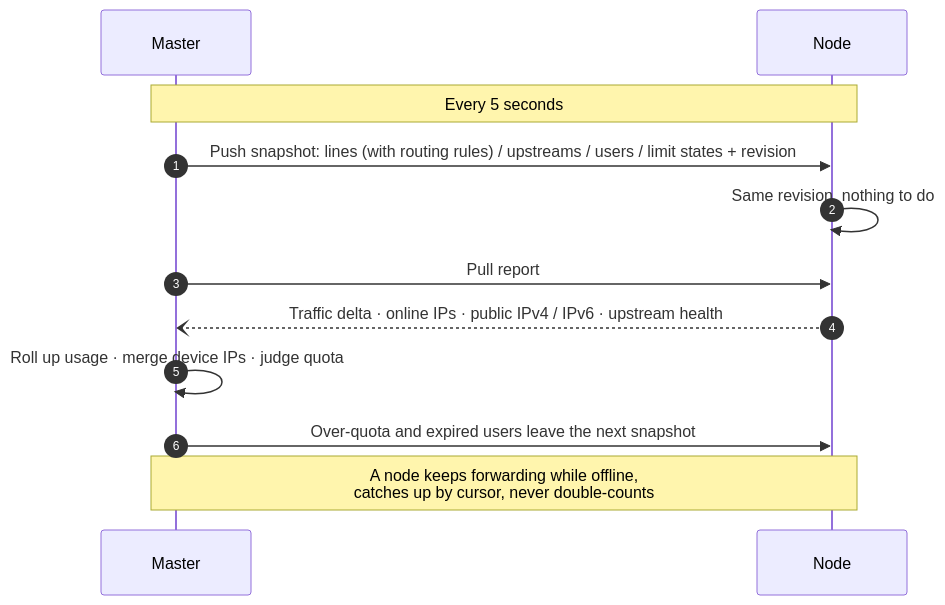
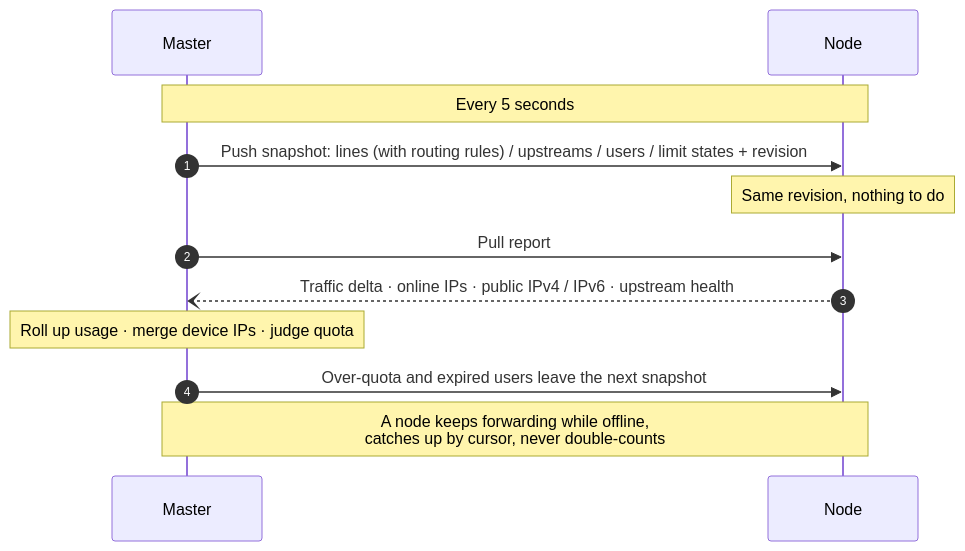
The fourth of 5 diagrams in README.en.md (Maoyangui/m-ui), drawn with Mermaid before and after one commit. The commit also changed other lines of this file and 1 other file, not shown here.

Commit message:
README 时序图:自己给自己的消息改成备注框(原来文字压在生命线和自环箭头上)

````diff
--- a/README.en.md
+++ b/README.en.md
@@ -200,15 +200,15 @@
 ```mermaid
 sequenceDiagram
   autonumber
   participant M as Master
   participant N as Node
 
   Note over M,N: Every 5 seconds
   M->>N: Push snapshot: lines (with routing rules) / upstreams / users / limit states + revision
-  N->>N: Same revision, nothing to do
+  Note over N: Same revision, nothing to do
   M->>N: Pull report
   N--)M: Traffic delta · online IPs · public IPv4 / IPv6 · upstream health
-  M->>M: Roll up usage · merge device IPs · judge quota
+  Note over M: Roll up usage · merge device IPs · judge quota
   M->>N: Over-quota and expired users leave the next snapshot
   Note over M,N: A node keeps forwarding while offline,<br/>catches up by cursor, never double-counts
 ```
````
